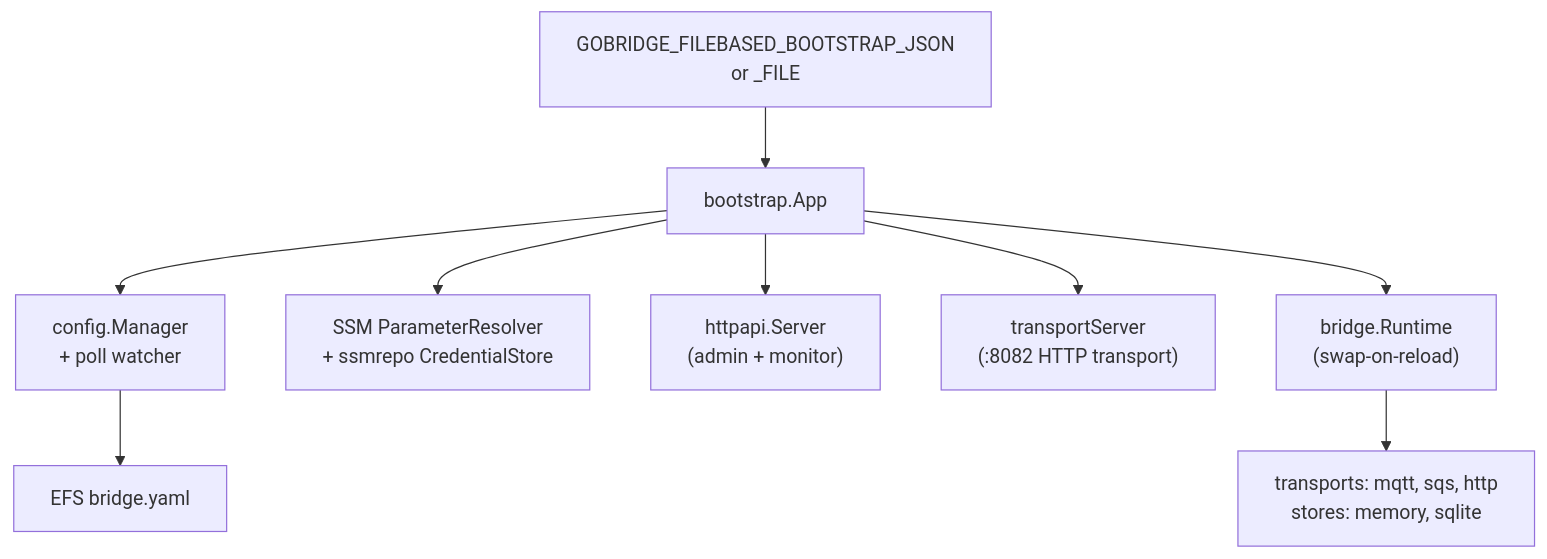
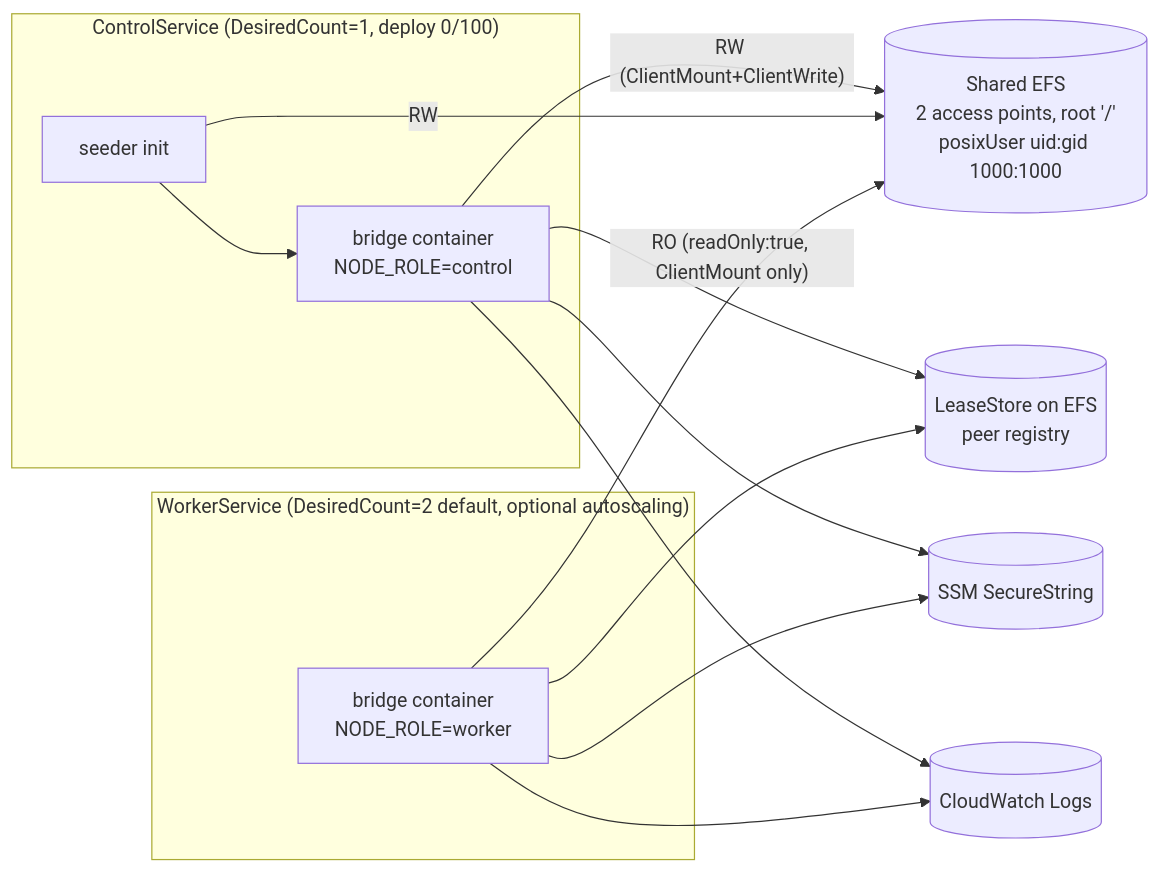
The fourth of 4 diagrams in deployment/aws-filebased-config/ARCHITECTURE.md (mariotoffia/gobridge), drawn with Mermaid before and after one commit. The commit also changed other lines of this file and 2 other files, not shown here.

First line of the commit message:
docs(aws-filebased-config): rewrite ARCHITECTURE.md for L2-only redesign (T23)

````diff
--- a/deployment/aws-filebased-config/ARCHITECTURE.md
+++ b/deployment/aws-filebased-config/ARCHITECTURE.md
@@ -53,11 +98,23 @@
 ```mermaid
-flowchart TB
-    ENV["GOBRIDGE_FILEBASED_BOOTSTRAP_JSON<br/>or _FILE"] --> APP
-    APP["bootstrap.App"] --> MGR["config.Manager<br/>+ poll watcher"]
-    MGR --> EFSF["EFS bridge.yaml"]
-    APP --> SSM["SSM ParameterResolver<br/>+ ssmrepo CredentialStore"]
-    APP --> HTTPAPI["httpapi.Server<br/>(admin + monitor)"]
-    APP --> TXSRV["transportServer<br/>(:8082 HTTP transport)"]
-    APP --> RT["bridge.Runtime<br/>(swap-on-reload)"]
-    RT --> ADP["transports: mqtt, sqs, http<br/>stores: memory, sqlite"]
+flowchart LR
+    subgraph Control["ControlService (DesiredCount=1, deploy 0/100)"]
+      CSEED["seeder init"] --> CCTRL["bridge container<br/>NODE_ROLE=control"]
+    end
+    subgraph Worker["WorkerService (DesiredCount=2 default, optional autoscaling)"]
+      WBR["bridge container<br/>NODE_ROLE=worker"]
+    end
+    EFS[("Shared EFS<br/>2 access points, root '/'<br/>posixUser uid:gid 1000:1000")]
+    LEASE[("LeaseStore on EFS<br/>peer registry")]
+    SSM[("SSM SecureString")]
+    LOG[("CloudWatch Logs")]
+
+    CCTRL -- "RW (ClientMount+ClientWrite)" --> EFS
+    CSEED -- "RW" --> EFS
+    WBR   -- "RO (readOnly:true, ClientMount only)" --> EFS
+    CCTRL --> LEASE
+    WBR --> LEASE
+    CCTRL --> SSM
+    WBR --> SSM
+    CCTRL --> LOG
+    WBR --> LOG
 ```
````
